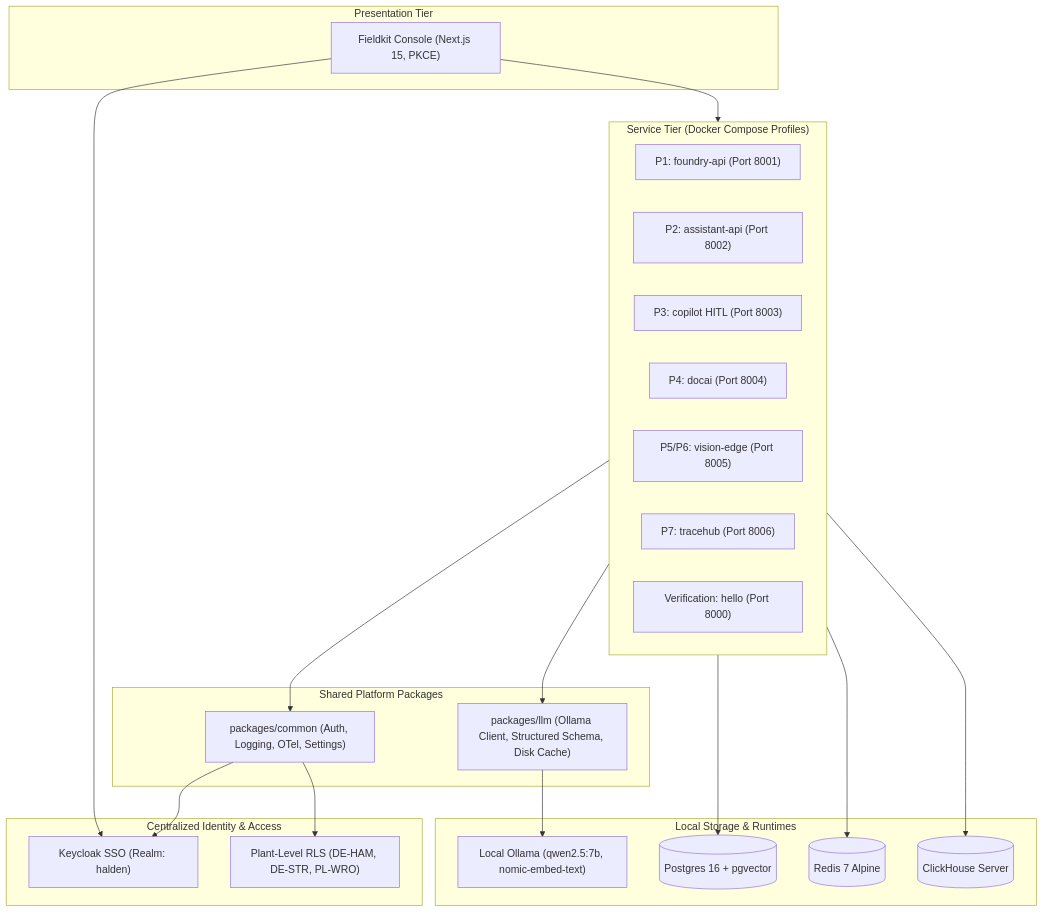
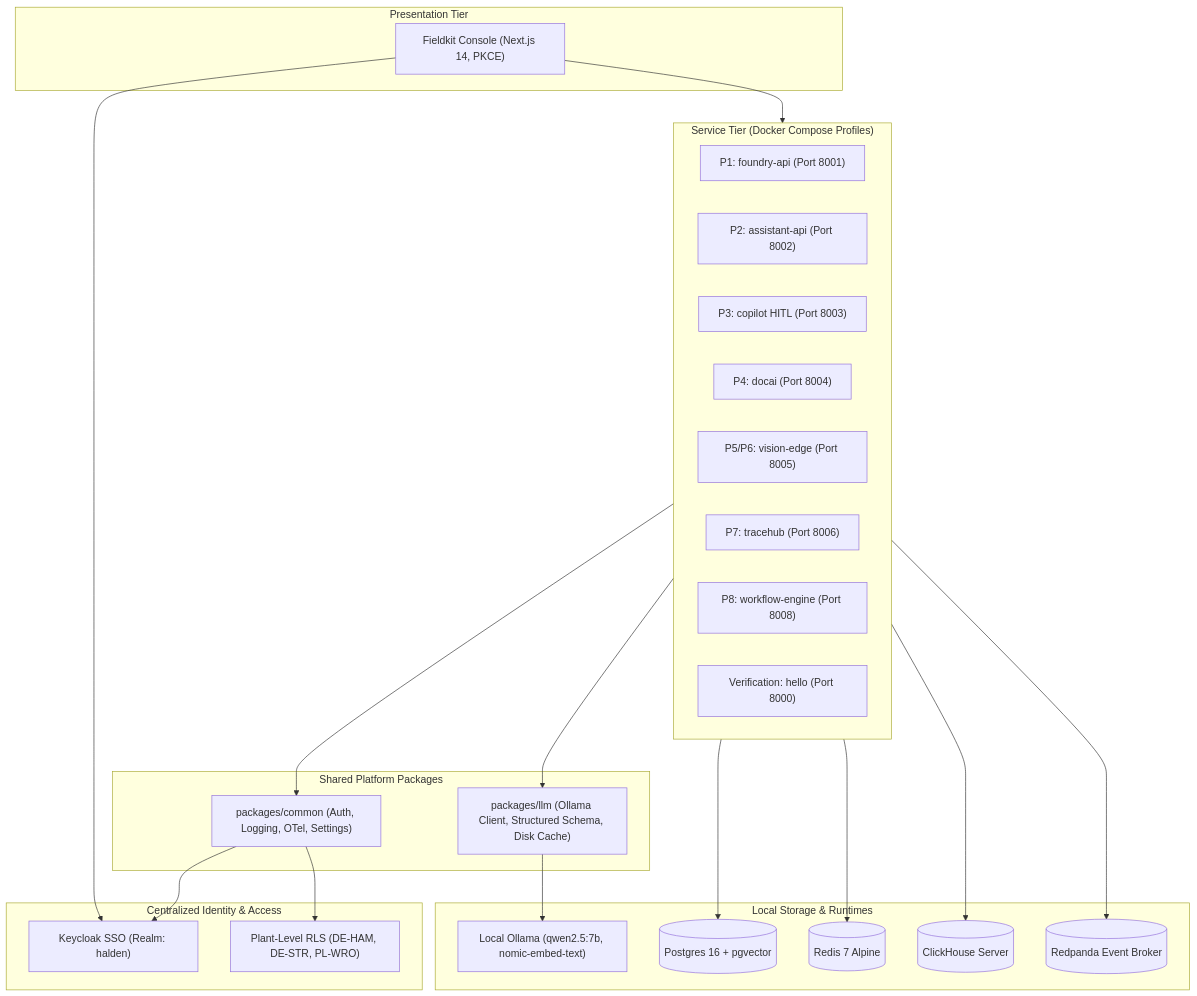
Before and after one commit to engrmaziz/fieldkit: the diagram in README.md, drawn with Mermaid. The commit also changed other lines of this file, not shown here.

Commit message:
docs: finalize README architecture diagram, console endpoints, and Project 8 runbooks

````diff
--- a/README.md
+++ b/README.md
@@ -84,44 +84,47 @@
 ```mermaid
 graph TD
     subgraph Frontend ["Presentation Tier"]
-        UI["Fieldkit Console (Next.js 15, PKCE)"]
+        UI["Fieldkit Console (Next.js 14, PKCE)"]
     end
 
     subgraph Security ["Centralized Identity & Access"]
         KC["Keycloak SSO (Realm: halden)"]
         RLS["Plant-Level RLS (DE-HAM, DE-STR, PL-WRO)"]
     end
 
     subgraph Services ["Service Tier (Docker Compose Profiles)"]
         S_Foundry["P1: foundry-api (Port 8001)"]
         S_RAG["P2: assistant-api (Port 8002)"]
         S_Copilot["P3: copilot HITL (Port 8003)"]
         S_DocAI["P4: docai (Port 8004)"]
         S_Vision["P5/P6: vision-edge (Port 8005)"]
         S_Trace["P7: tracehub (Port 8006)"]
+        S_Workflow["P8: workflow-engine (Port 8008)"]
         S_Hello["Verification: hello (Port 8000)"]
     end
 
     subgraph Foundation ["Shared Platform Packages"]
         Common["packages/common (Auth, Logging, OTel, Settings)"]
         LLM["packages/llm (Ollama Client, Structured Schema, Disk Cache)"]
     end
 
     subgraph Storage ["Local Storage & Runtimes"]
         PG[("Postgres 16 + pgvector")]
         Redis[("Redis 7 Alpine")]
         CH[("ClickHouse Server")]
+        RP[("Redpanda Event Broker")]
         Ollama["Local Ollama (qwen2.5:7b, nomic-embed-text)"]
     end
 
     UI --> KC
     UI --> Services
     Services --> Common
     Services --> LLM
     Common --> KC
     Common --> RLS
     LLM --> Ollama
     Services --> PG
     Services --> Redis
     Services --> CH
+    Services --> RP
 ```
````
